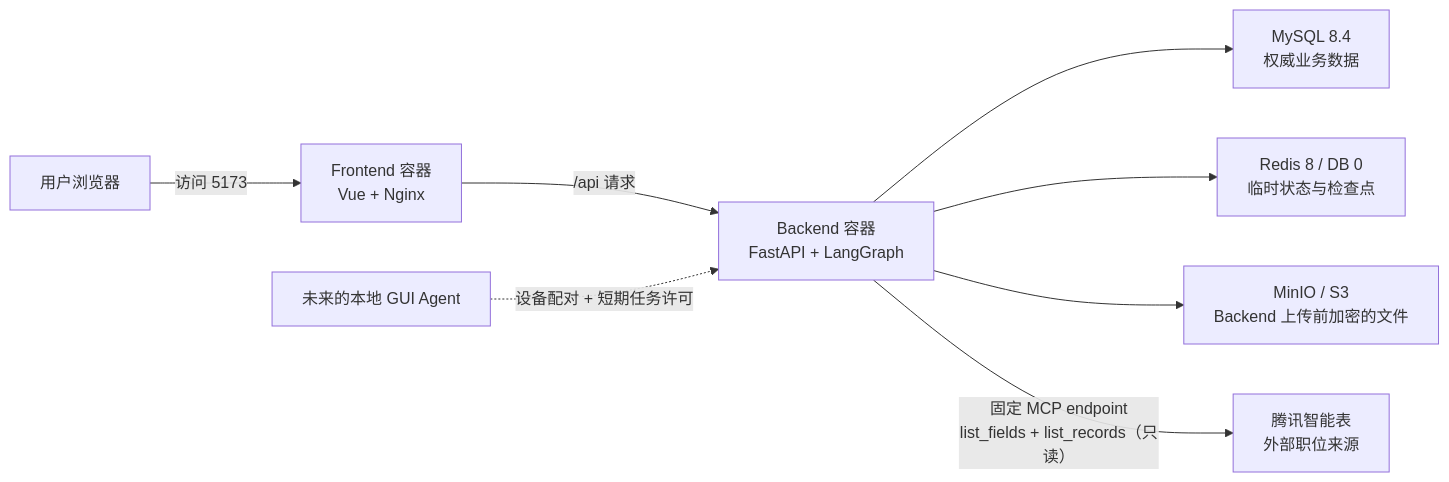
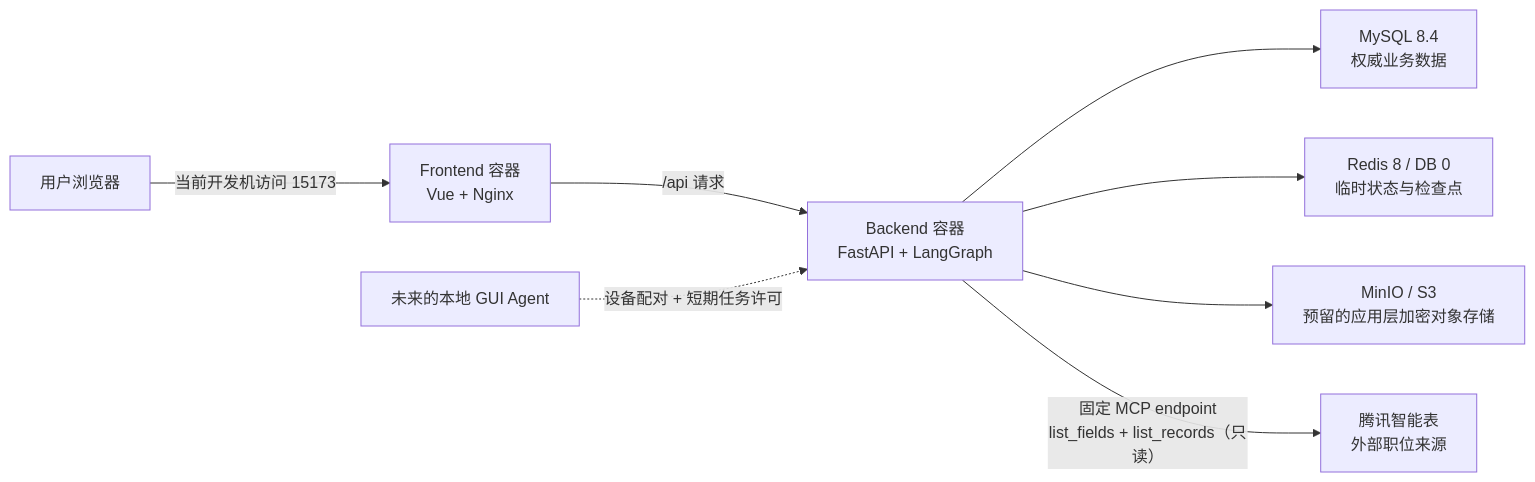
Before and after one commit to grefeer/pev-career-assistant: the diagram in docs/platform-foundation-handover-summary.md, drawn with Mermaid. The commit also changed other lines of this file, not shown here.

````diff
--- a/docs/platform-foundation-handover-summary.md
+++ b/docs/platform-foundation-handover-summary.md
@@ -26,10 +26,10 @@
 ```mermaid
 flowchart LR
-    U["用户浏览器"] -->|"访问 5173"| F["Frontend 容器<br/>Vue + Nginx"]
+    U["用户浏览器"] -->|"当前开发机访问 15173"| F["Frontend 容器<br/>Vue + Nginx"]
     F -->|"/api 请求"| B["Backend 容器<br/>FastAPI + LangGraph"]
     B --> M["MySQL 8.4<br/>权威业务数据"]
     B --> R["Redis 8 / DB 0<br/>临时状态与检查点"]
-    B --> O["MinIO / S3<br/>Backend 上传前加密的文件"]
+    B --> O["MinIO / S3<br/>预留的应用层加密对象存储"]
     B -->|"固定 MCP endpoint<br/>list_fields + list_records（只读）"| T["腾讯智能表<br/>外部职位来源"]
     G["未来的本地 GUI Agent"] -.->|"设备配对 + 短期任务许可"| B
 ```
````
